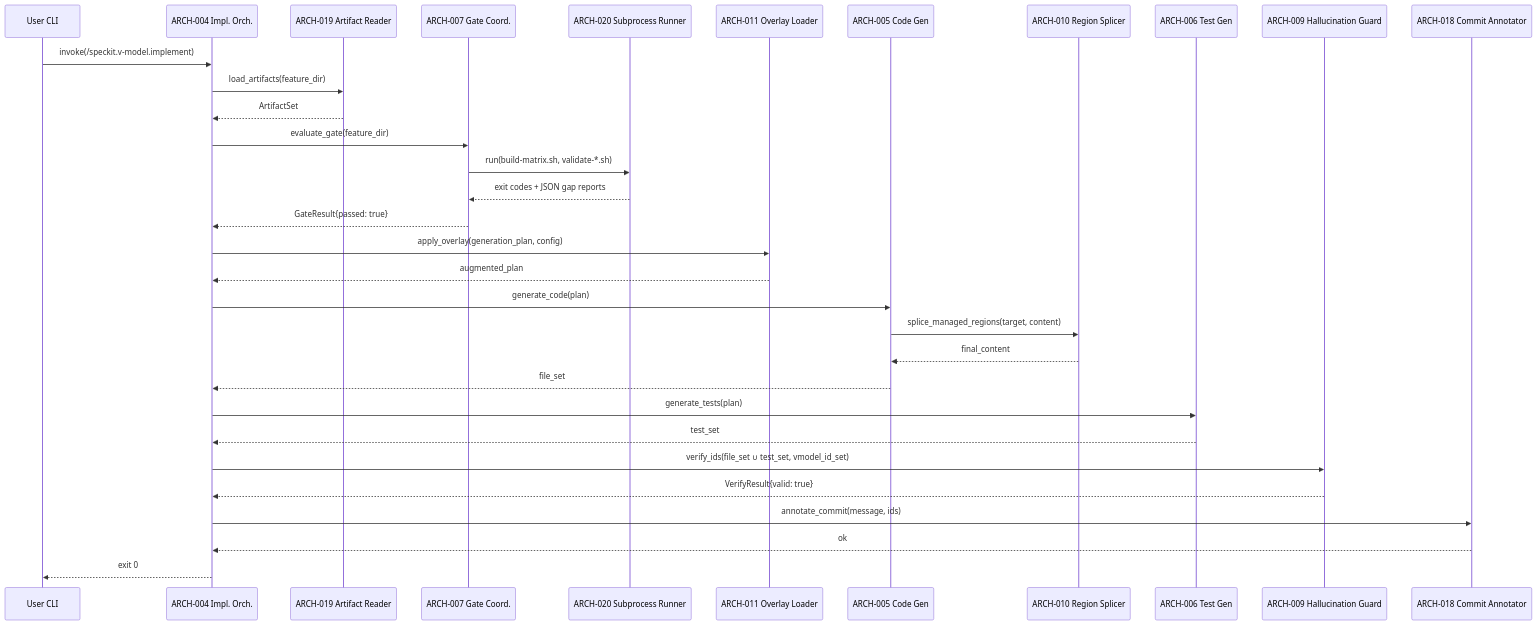
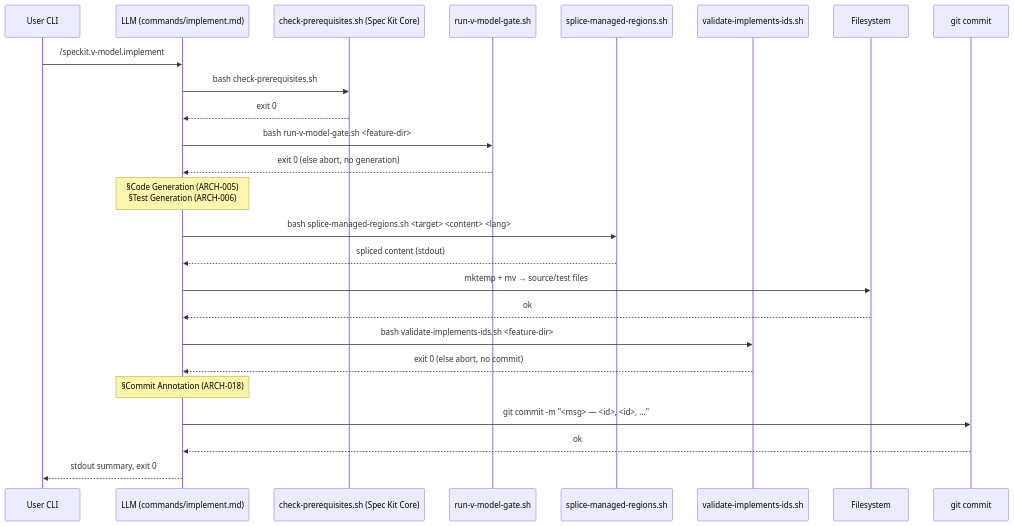
Before and after one commit to leocamello/spec-kit-v-model: the second of 3 diagrams in specs/007-bridge-commands/v-model/architecture-design.md, drawn with Mermaid. The commit also changed other lines of this file, not shown here.

````diff
--- a/specs/007-bridge-commands/v-model/architecture-design.md
+++ b/specs/007-bridge-commands/v-model/architecture-design.md
@@ -138,35 +165,28 @@
 ```mermaid
 sequenceDiagram
     participant CLI as User CLI
-    participant A4 as ARCH-004 Impl. Orch.
-    participant A19 as ARCH-019 Artifact Reader
-    participant A7 as ARCH-007 Gate Coord.
-    participant A20 as ARCH-020 Subprocess Runner
-    participant A11 as ARCH-011 Overlay Loader
-    participant A5 as ARCH-005 Code Gen
-    participant A10 as ARCH-010 Region Splicer
-    participant A6 as ARCH-006 Test Gen
-    participant A9 as ARCH-009 Hallucination Guard
-    participant A18 as ARCH-018 Commit Annotator
+    participant LLM as LLM (commands/implement.md)
+    participant Pre as check-prerequisites.sh (Spec Kit Core)
+    participant Gate as run-v-model-gate.sh
+    participant Splice as splice-managed-regions.sh
+    participant Guard as validate-implements-ids.sh
+    participant FS as Filesystem
+    participant Git as git commit
 
-    CLI->>A4: invoke(/speckit.v-model.implement)
-    A4->>A19: load_artifacts(feature_dir)
-    A19-->>A4: ArtifactSet
-    A4->>A7: evaluate_gate(feature_dir)
-    A7->>A20: run(build-matrix.sh, validate-*.sh)
-    A20-->>A7: exit codes + JSON gap reports
-    A7-->>A4: GateResult{passed: true}
-    A4->>A11: apply_overlay(generation_plan, config)
-    A11-->>A4: augmented_plan
-    A4->>A5: generate_code(plan)
-    A5->>A10: splice_managed_regions(target, content)
-    A10-->>A5: final_content
-    A5-->>A4: file_set
-    A4->>A6: generate_tests(plan)
-    A6-->>A4: test_set
-    A4->>A9: verify_ids(file_set ∪ test_set, vmodel_id_set)
-    A9-->>A4: VerifyResult{valid: true}
-    A4->>A18: annotate_commit(message, ids)
-    A18-->>A4: ok
-    A4-->>CLI: exit 0
+    CLI->>LLM: /speckit.v-model.implement
+    LLM->>Pre: bash check-prerequisites.sh
+    Pre-->>LLM: exit 0
+    LLM->>Gate: bash run-v-model-gate.sh <feature-dir>
+    Gate-->>LLM: exit 0 (else abort, no generation)
+    Note over LLM: §Code Generation (ARCH-005)<br/>§Test Generation (ARCH-006)
+    LLM->>Splice: bash splice-managed-regions.sh <target> <content> <lang>
+    Splice-->>LLM: spliced content (stdout)
+    LLM->>FS: mktemp + mv → source/test files
+    FS-->>LLM: ok
+    LLM->>Guard: bash validate-implements-ids.sh <feature-dir>
+    Guard-->>LLM: exit 0 (else abort, no commit)
+    Note over LLM: §Commit Annotation (ARCH-018)
+    LLM->>Git: git commit -m "<msg> — <id>, <id>, ..."
+    Git-->>LLM: ok
+    LLM-->>CLI: stdout summary, exit 0
 ```
````
